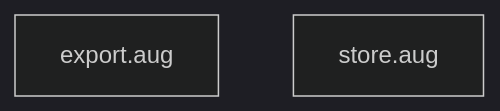
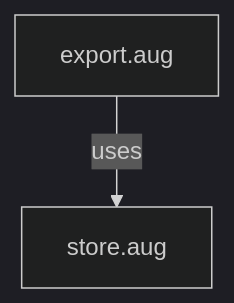
The second of 2 diagrams in src/stdlib/memory/.aug-spec/diagrams/index.md (GreenPandaStudios/augscript), drawn with Mermaid (dark theme) before and after one commit. The commit also changed 289 other files, not shown here.

Commit message:
Correct diagram control flow and complete generated wiki navigation

````diff
--- a/src/stdlib/memory/.aug-spec/diagrams/index.md
+++ b/src/stdlib/memory/.aug-spec/diagrams/index.md
@@ -19,6 +19,6 @@
 ```mermaid
 flowchart TD
     n0["export.aug"]
     n1["store.aug"]
-
+    n0 -->|"uses"| n1
 ```
````
